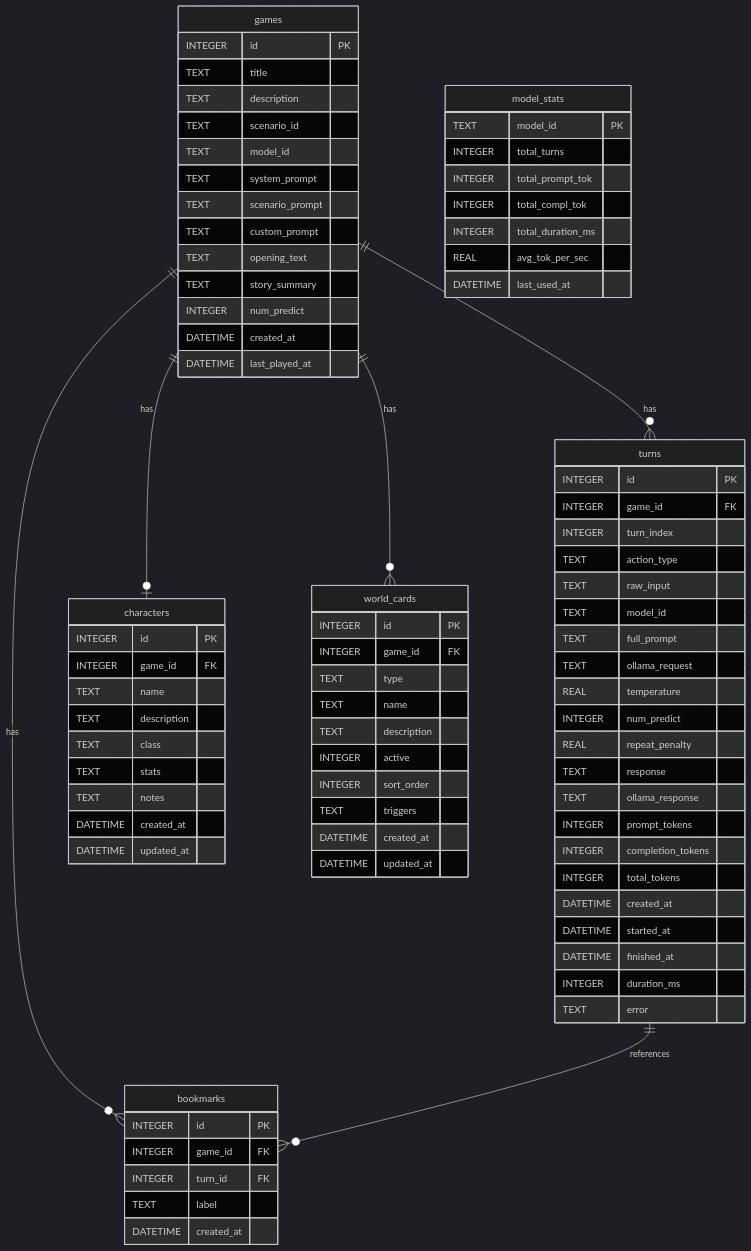
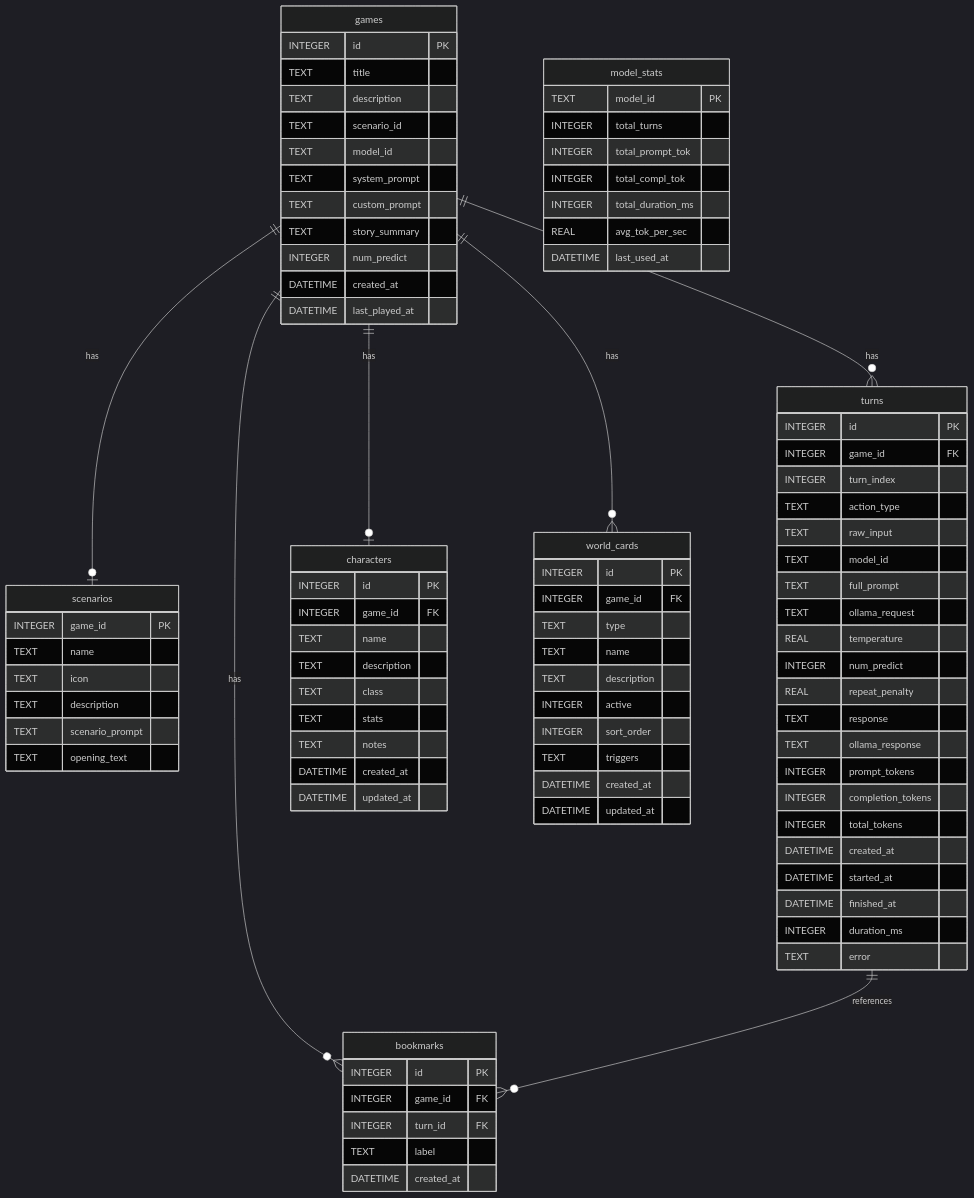
Before and after one commit to vreezy/storytelling: the diagram in datamodell.md, drawn with Mermaid (dark theme). The commit also changed other lines of this file and 11 other files, not shown here.

```diff
--- a/datamodell.md
+++ b/datamodell.md
@@ -11,13 +11,20 @@
         TEXT scenario_id
         TEXT model_id
         TEXT system_prompt
-        TEXT scenario_prompt
         TEXT custom_prompt
-        TEXT opening_text
         TEXT story_summary
         INTEGER num_predict
         DATETIME created_at
         DATETIME last_played_at
+    }
+
+    scenarios {
+        INTEGER game_id PK
+        TEXT name
+        TEXT icon
+        TEXT description
+        TEXT scenario_prompt
+        TEXT opening_text
     }
 
     turns {
@@ -88,6 +95,7 @@
     }
 
     games ||--o{ turns : "has"
+    games ||--o| scenarios : "has"
     games ||--o| characters : "has"
     games ||--o{ world_cards : "has"
     games ||--o{ bookmarks : "has"
```
